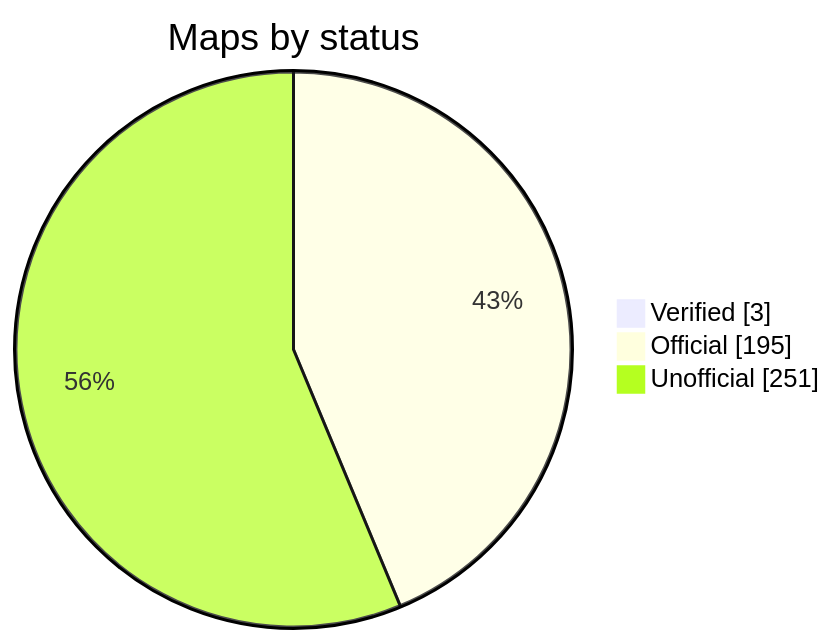
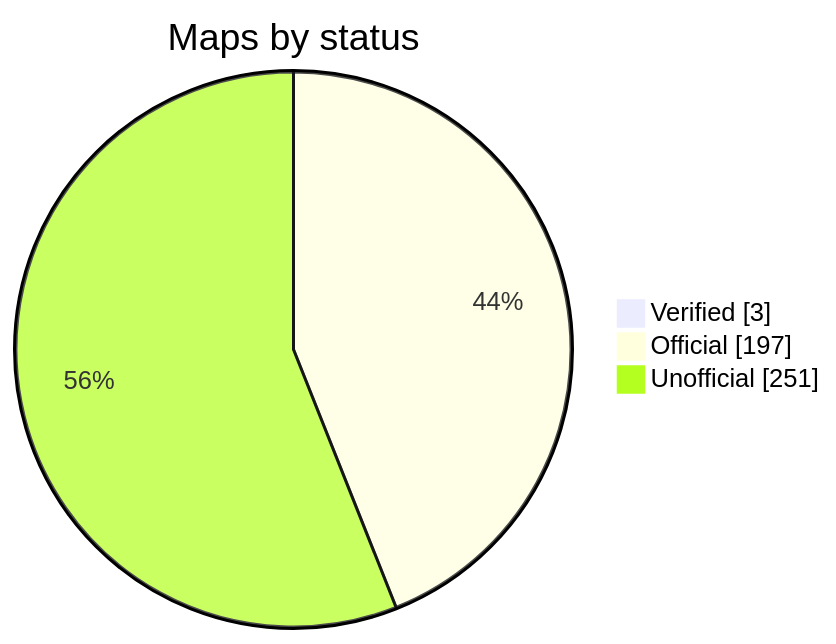
The diagram in README.md (nobrega8/mbmap-library), drawn with Mermaid before and after one commit. The commit also changed 3 other files, not shown here.

````diff
--- a/README.md
+++ b/README.md
@@ -48,7 +48,7 @@
 ```mermaid
 pie showData
     title Maps by status
     "Verified" : 3
-    "Official" : 195
+    "Official" : 197
     "Unofficial" : 251
 ```
````
